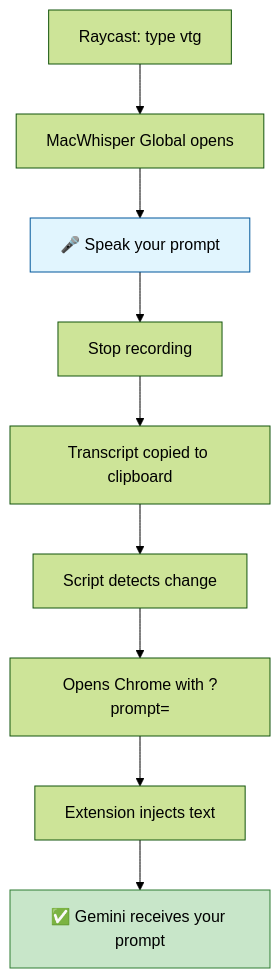
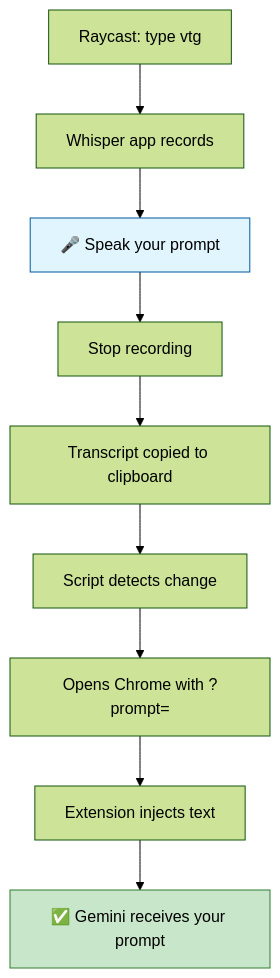
One commit to gaiar/voice-to-claude-raycast changed the third of 6 diagrams in README.md. Above: the diagram before and after it, drawn with Mermaid (forest theme). The commit also changed other lines of this file and 5 other files, not shown here.

First line of the commit message:
feat: support multiple whisper apps (MacWhisper, Superwhisper)

````diff
--- a/README.md
+++ b/README.md
@@ -41,14 +41,14 @@
 ```mermaid
 flowchart TD
-    A[Raycast: type vtg] --> B[MacWhisper Global opens]
+    A[Raycast: type vtg] --> B[Whisper app records]
     B --> C[🎤 Speak your prompt]
     C --> D[Stop recording]
     D --> E[Transcript copied to clipboard]
     E --> F[Script detects change]
     F --> G[Opens Chrome with ?prompt=]
     G --> H[Extension injects text]
     H --> I[✅ Gemini receives your prompt]
 
     style C fill:#e1f5fe,stroke:#01579b
     style I fill:#c8e6c9,stroke:#2e7d32
 ```
````
